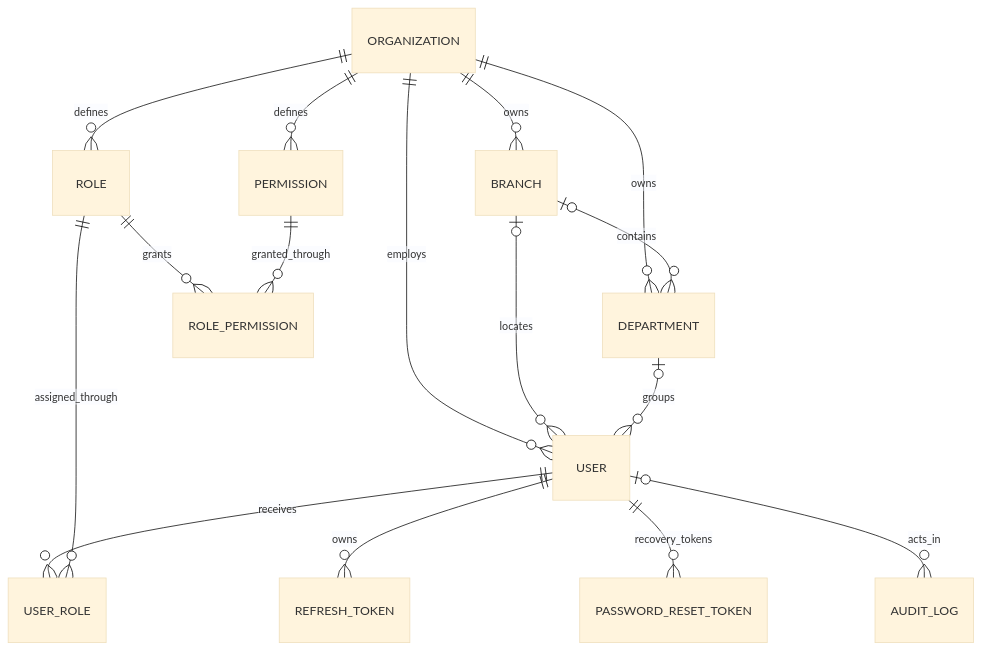
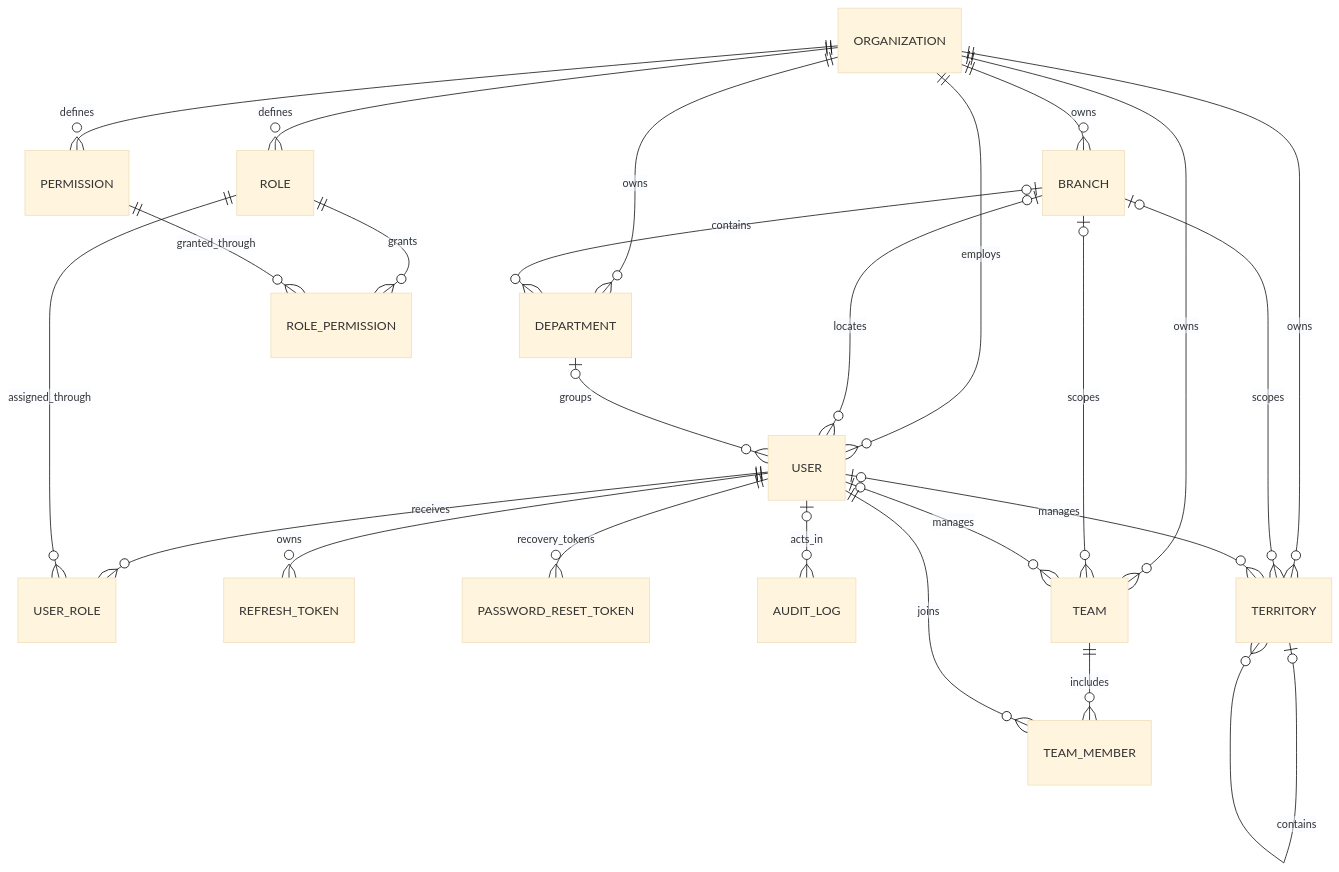
One commit to vivek-bhujbal/Real-Estate-CRM changed the first of 5 diagrams in docs/ER_RELATIONSHIPS.md. Above: the diagram before and after it, drawn with Mermaid (base theme). The commit also changed other lines of this file and 170 other files, not shown here.

````diff
--- a/docs/ER_RELATIONSHIPS.md
+++ b/docs/ER_RELATIONSHIPS.md
@@ -31,18 +32,27 @@
 ```mermaid
 erDiagram
     ORGANIZATION ||--o{ BRANCH : owns
     ORGANIZATION ||--o{ DEPARTMENT : owns
     BRANCH o|--o{ DEPARTMENT : contains
     ORGANIZATION ||--o{ USER : employs
     BRANCH o|--o{ USER : locates
     DEPARTMENT o|--o{ USER : groups
     ORGANIZATION ||--o{ ROLE : defines
     ORGANIZATION ||--o{ PERMISSION : defines
     USER ||--o{ USER_ROLE : receives
     ROLE ||--o{ USER_ROLE : assigned_through
     ROLE ||--o{ ROLE_PERMISSION : grants
     PERMISSION ||--o{ ROLE_PERMISSION : granted_through
     USER ||--o{ REFRESH_TOKEN : owns
     USER ||--o{ PASSWORD_RESET_TOKEN : recovery_tokens
     USER o|--o{ AUDIT_LOG : acts_in
+    ORGANIZATION ||--o{ TEAM : owns
+    BRANCH o|--o{ TEAM : scopes
+    USER o|--o{ TEAM : manages
+    TEAM ||--o{ TEAM_MEMBER : includes
+    USER ||--o{ TEAM_MEMBER : joins
+    ORGANIZATION ||--o{ TERRITORY : owns
+    BRANCH o|--o{ TERRITORY : scopes
+    USER o|--o{ TERRITORY : manages
+    TERRITORY o|--o{ TERRITORY : contains
 ```
````
